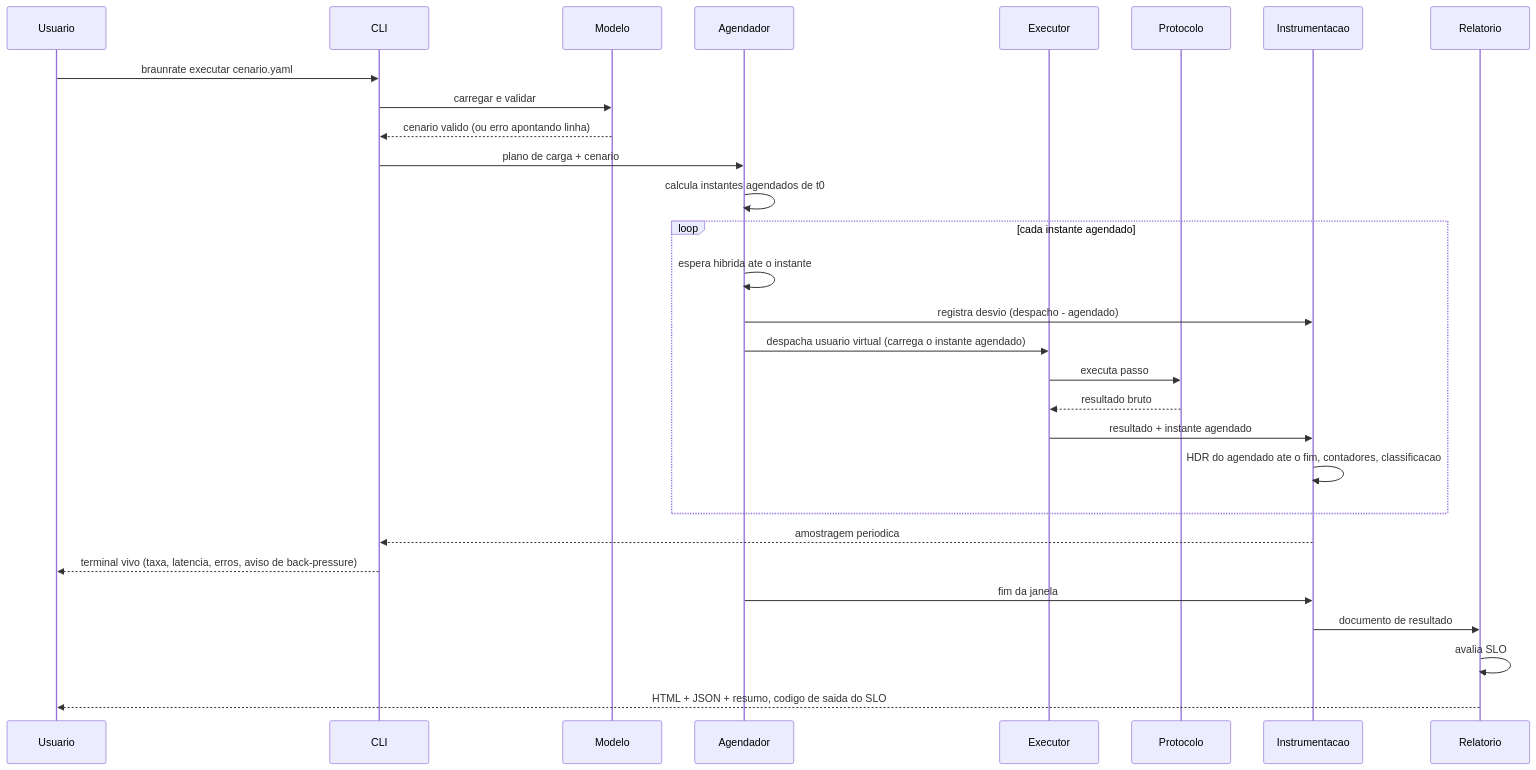
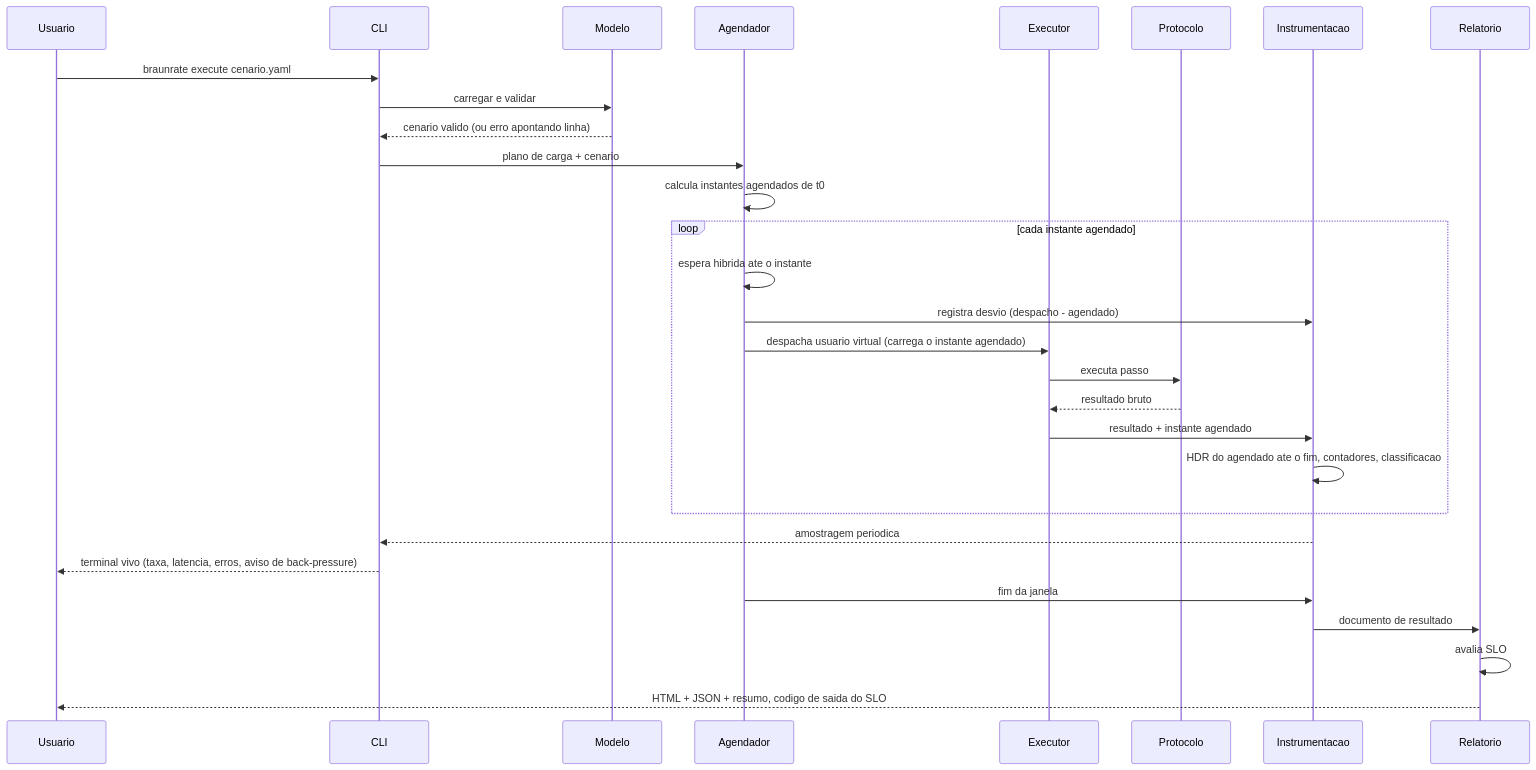
The second of 4 diagrams in docs/arquitetura.md (Diegobraun/braunrate), drawn with Mermaid before and after one commit. The commit also changed 11 other files, not shown here.

````diff
--- a/docs/arquitetura.md
+++ b/docs/arquitetura.md
@@ -69,32 +69,32 @@
 ```mermaid
 sequenceDiagram
     participant U as Usuario
     participant C as CLI
     participant M as Modelo
     participant A as Agendador
     participant E as Executor
     participant P as Protocolo
     participant I as Instrumentacao
     participant R as Relatorio
 
-    U->>C: braunrate executar cenario.yaml
+    U->>C: braunrate execute cenario.yaml
     C->>M: carregar e validar
     M-->>C: cenario valido (ou erro apontando linha)
     C->>A: plano de carga + cenario
     A->>A: calcula instantes agendados de t0
     loop cada instante agendado
         A->>A: espera hibrida ate o instante
         A->>I: registra desvio (despacho - agendado)
         A->>E: despacha usuario virtual (carrega o instante agendado)
         E->>P: executa passo
         P-->>E: resultado bruto
         E->>I: resultado + instante agendado
         I->>I: HDR do agendado ate o fim, contadores, classificacao
     end
     I-->>C: amostragem periodica
     C-->>U: terminal vivo (taxa, latencia, erros, aviso de back-pressure)
     A->>I: fim da janela
     I->>R: documento de resultado
     R->>R: avalia SLO
     R-->>U: HTML + JSON + resumo, codigo de saida do SLO
 ```
````
